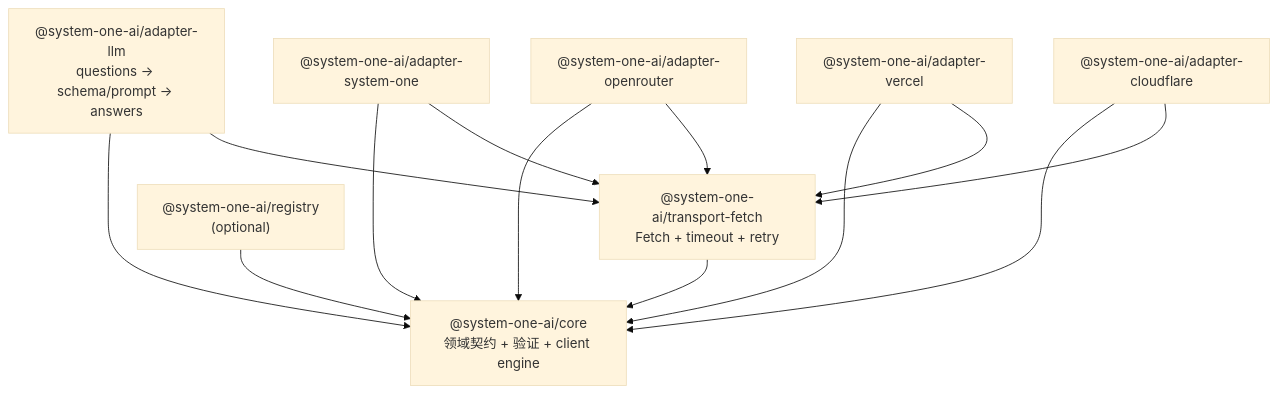
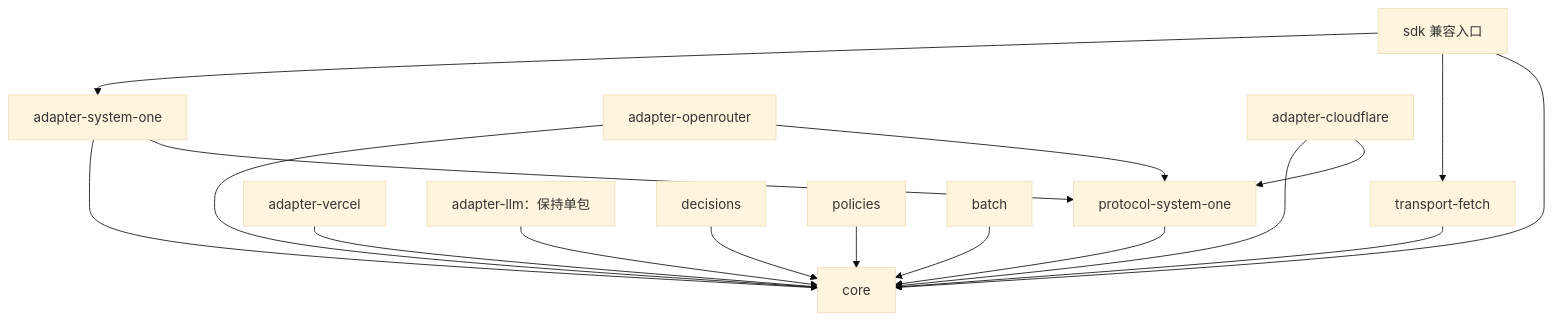
The diagram in docs/architecture-plan.zh-CN.md (ziyu/system-one-sdk), drawn with Mermaid (base theme) before and after one commit. The commit also changed other lines of this file and 85 other files, not shown here.

Commit message:
refactor: isolate transport and optional SDK packages

````diff
--- a/docs/architecture-plan.zh-CN.md
+++ b/docs/architecture-plan.zh-CN.md
@@ -27,24 +23,19 @@
 ```mermaid
 graph TD
-  Core["@system-one-ai/core\n领域契约 + 验证 + client engine"]
-  Fetch["@system-one-ai/transport-fetch\nFetch + timeout + retry"]
-  LLM["@system-one-ai/adapter-llm\nquestions -> schema/prompt -> answers"]
-  Native["@system-one-ai/adapter-system-one"]
-  OR["@system-one-ai/adapter-openrouter"]
-  Vercel["@system-one-ai/adapter-vercel"]
-  CF["@system-one-ai/adapter-cloudflare"]
-  Registry["@system-one-ai/registry\n(optional)"]
-
+  SDK["sdk 兼容入口"] --> Core["core"]
+  SDK --> Fetch["transport-fetch"]
+  SDK --> Native["adapter-system-one"]
   Fetch --> Core
-  LLM --> Core
-  LLM --> Fetch
+  Native --> Protocol["protocol-system-one"]
   Native --> Core
-  Native --> Fetch
+  OR["adapter-openrouter"] --> Protocol
   OR --> Core
-  OR --> Fetch
-  Vercel --> Core
-  Vercel --> Fetch
+  CF["adapter-cloudflare"] --> Protocol
   CF --> Core
-  CF --> Fetch
-  Registry --> Core
+  Protocol --> Core
+  Vercel["adapter-vercel"] --> Core
+  LLM["adapter-llm：保持单包"] --> Core
+  Decisions["decisions"] --> Core
+  Policies["policies"] --> Core
+  Batch["batch"] --> Core
 ```
````
